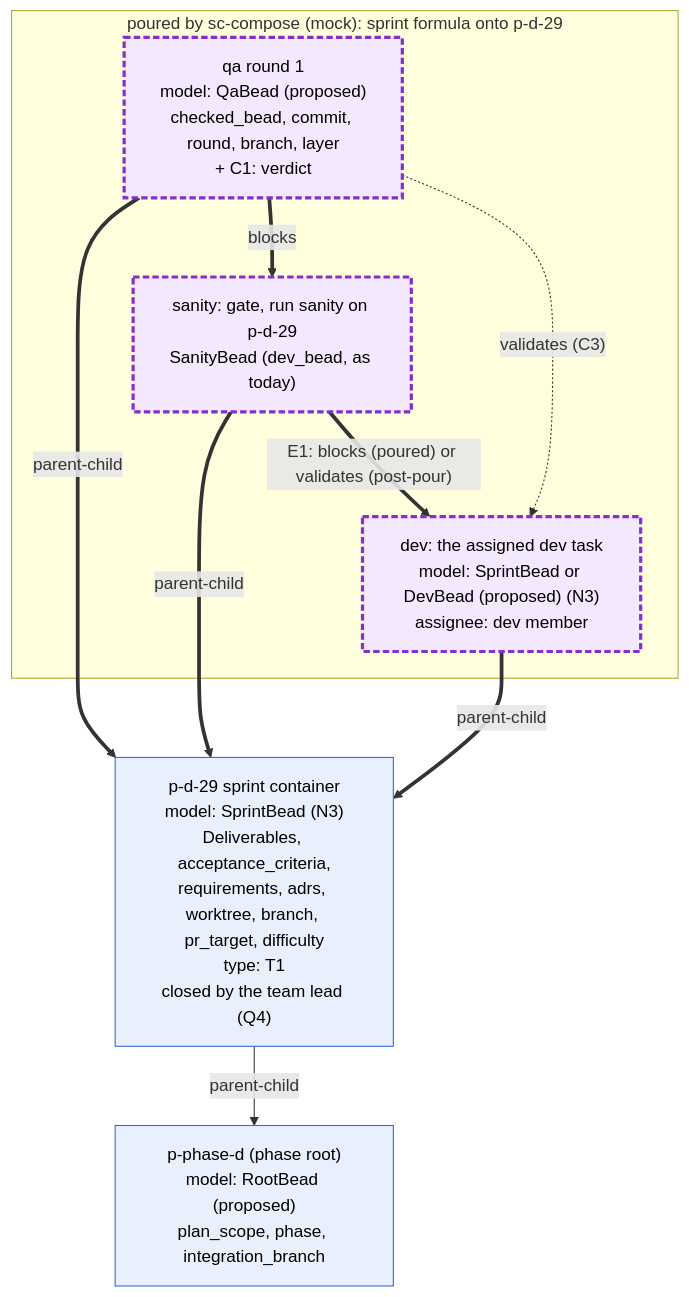
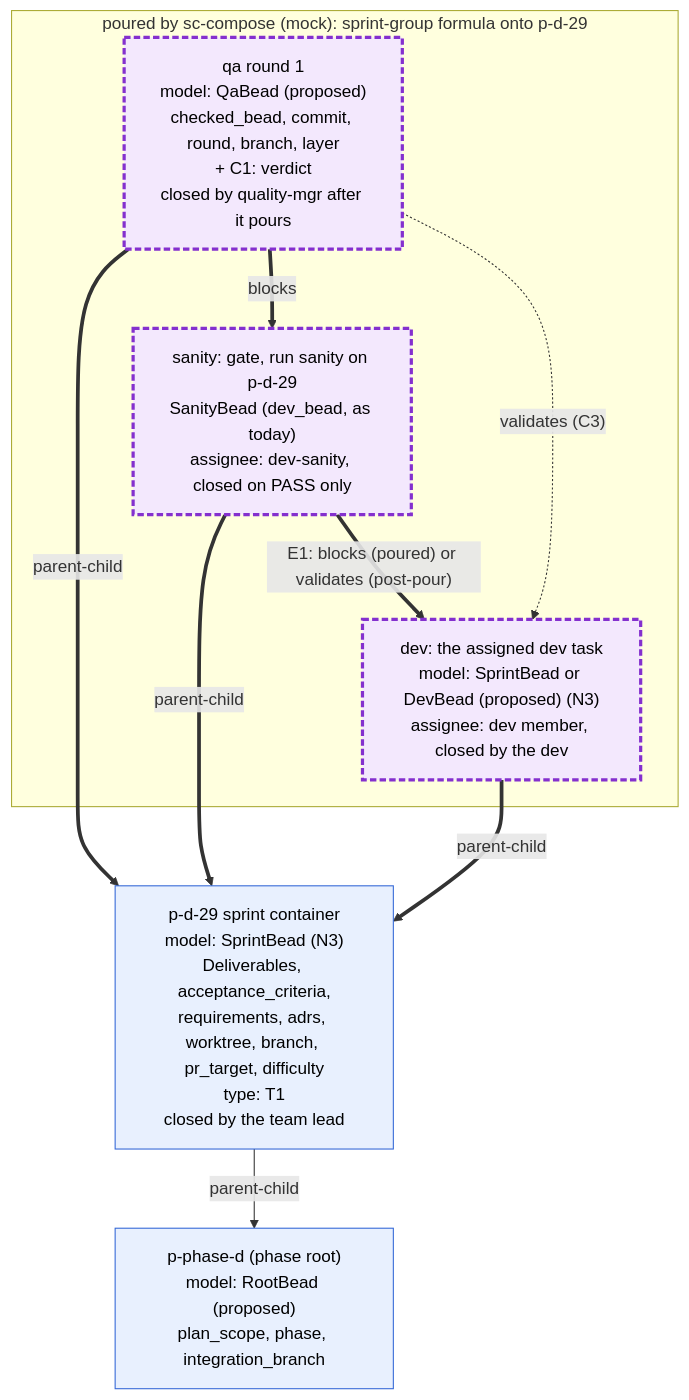
The first of 4 diagrams in docs/diagrams/04-sprint-to-be.md (randlee/atm-bd-orchestration), drawn with Mermaid before and after one commit. The commit also changed other lines of this file and 6 other files, not shown here.

First line of the commit message:
docs: apply Rand's 2026-10-03 flat fix model to the bead diagrams

````diff
--- a/docs/diagrams/04-sprint-to-be.md
+++ b/docs/diagrams/04-sprint-to-be.md
@@ -25,22 +51,22 @@
 ```mermaid
 flowchart TB
   classDef tmpl fill:#e8f0fe,stroke:#3367d6,color:#000
   classDef poured fill:#f3e8fd,stroke:#8430ce,stroke-width:3px,stroke-dasharray:6 3,color:#000
 
   ROOT["p-phase-d (phase root)<br/>model: RootBead (proposed)<br/>plan_scope, phase, integration_branch"]:::tmpl
-  SPR["p-d-29 sprint container<br/>model: SprintBead (N3)<br/>Deliverables, acceptance_criteria,<br/>requirements, adrs, worktree, branch, pr_target, difficulty<br/>type: T1<br/>closed by the team lead (Q4)"]:::tmpl
+  SPR["p-d-29 sprint container<br/>model: SprintBead (N3)<br/>Deliverables, acceptance_criteria,<br/>requirements, adrs, worktree, branch, pr_target, difficulty<br/>type: T1<br/>closed by the team lead"]:::tmpl
 
-  subgraph POUR["poured by sc-compose (mock): sprint formula onto p-d-29"]
-    DEV["dev: the assigned dev task<br/>model: SprintBead or DevBead (proposed) (N3)<br/>assignee: dev member"]:::poured
-    SAN["sanity: gate, run sanity on p-d-29<br/>SanityBead (dev_bead, as today)"]:::poured
-    QA["qa round 1<br/>model: QaBead (proposed)<br/>checked_bead, commit, round, branch, layer<br/>+ C1: verdict"]:::poured
+  subgraph POUR["poured by sc-compose (mock): sprint-group formula onto p-d-29"]
+    DEV["dev: the assigned dev task<br/>model: SprintBead or DevBead (proposed) (N3)<br/>assignee: dev member, closed by the dev"]:::poured
+    SAN["sanity: gate, run sanity on p-d-29<br/>SanityBead (dev_bead, as today)<br/>assignee: dev-sanity, closed on PASS only"]:::poured
+    QA["qa round 1<br/>model: QaBead (proposed)<br/>checked_bead, commit, round, branch, layer<br/>+ C1: verdict<br/>closed by quality-mgr after it pours"]:::poured
   end
 
   SPR -->|parent-child| ROOT
   DEV ==>|parent-child| SPR
   SAN ==>|parent-child| SPR
   QA ==>|parent-child| SPR
   SAN ==>|"E1: blocks (poured) or validates (post-pour)"| DEV
   QA ==>|blocks| SAN
   QA -.->|"validates (C3)"| DEV
 ```
````
